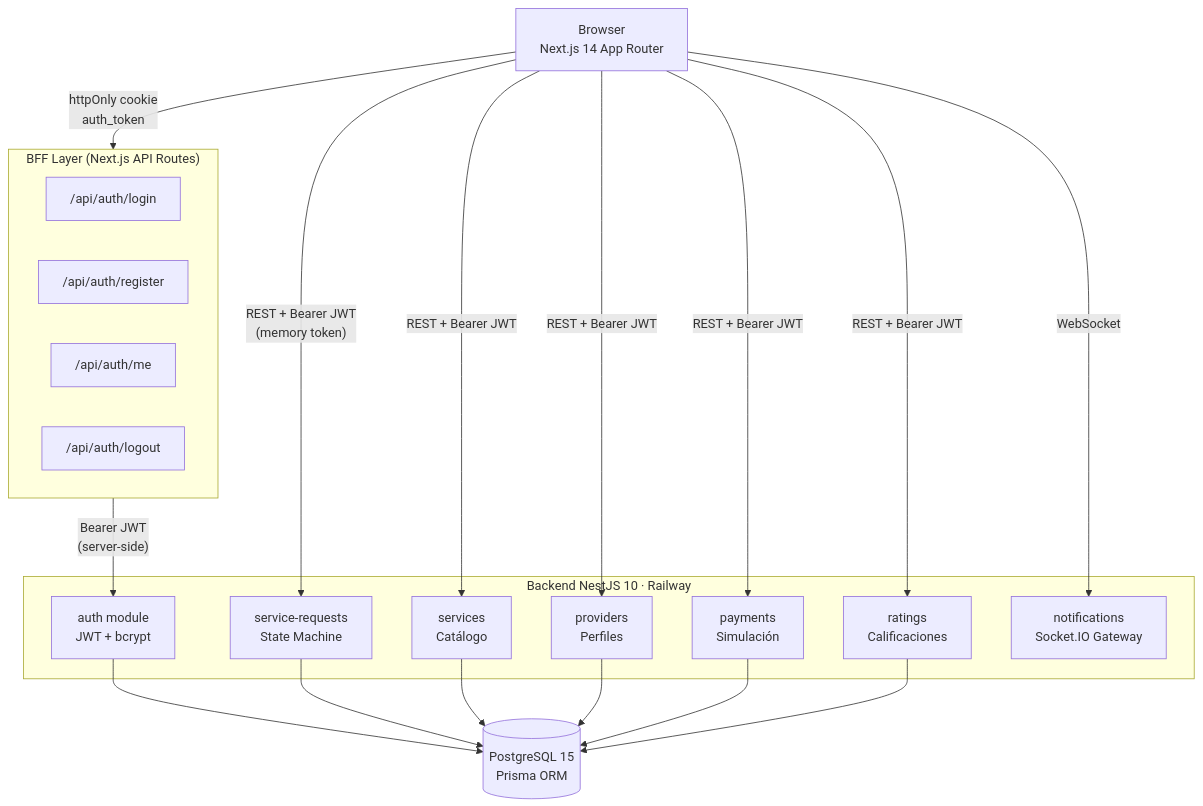
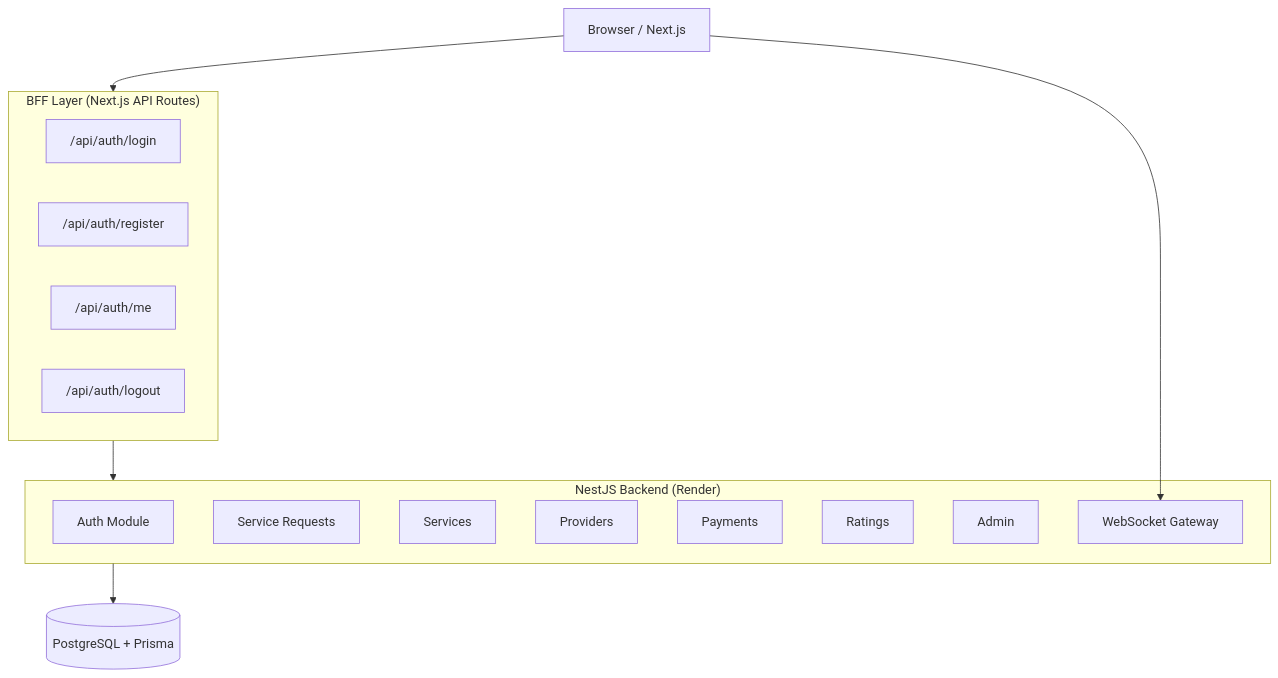
Before and after one commit to CamiloVe218/e7_backend: the first of 4 diagrams in servicios-app/README.md, drawn with Mermaid. The commit also changed other lines of this file, not shown here.

First line of the commit message:
docs(readme): actualizar README servicios-app con estado real del proyecto

````diff
--- a/servicios-app/README.md
+++ b/servicios-app/README.md
@@ -32,38 +78,29 @@
 ```mermaid
 graph TB
-    Browser["Browser\nNext.js 14 App Router"]
+    Browser["Browser / Next.js"]
 
     subgraph BFF["BFF Layer (Next.js API Routes)"]
         Login["/api/auth/login"]
         Register["/api/auth/register"]
         Me["/api/auth/me"]
         Logout["/api/auth/logout"]
     end
 
-    subgraph Backend["Backend NestJS 10 · Railway"]
-        Auth["auth module\nJWT + bcrypt"]
-        SR["service-requests\nState Machine"]
-        SVC["services\nCatálogo"]
-        PROV["providers\nPerfiles"]
-        PAY["payments\nSimulación"]
-        RAT["ratings\nCalificaciones"]
-        WS["notifications\nSocket.IO Gateway"]
+    subgraph Backend["NestJS Backend (Render)"]
+        Auth["Auth Module"]
+        Requests["Service Requests"]
+        Services["Services"]
+        Providers["Providers"]
+        Payments["Payments"]
+        Ratings["Ratings"]
+        Admin["Admin"]
+        WS["WebSocket Gateway"]
     end
 
-    DB[(PostgreSQL 15\nPrisma ORM)]
+    DB[(PostgreSQL + Prisma)]
 
-    Browser -- "httpOnly cookie\nauth_token" --> BFF
-    BFF -- "Bearer JWT\n(server-side)" --> Auth
-    Browser -- "REST + Bearer JWT\n(memory token)" --> SR
-    Browser -- "REST + Bearer JWT" --> SVC
-    Browser -- "REST + Bearer JWT" --> PROV
-    Browser -- "REST + Bearer JWT" --> PAY
-    Browser -- "REST + Bearer JWT" --> RAT
-    Browser -- "WebSocket" --> WS
-    Auth --> DB
-    SR --> DB
-    SVC --> DB
-    PROV --> DB
-    PAY --> DB
-    RAT --> DB
+    Browser --> BFF
+    BFF --> Backend
+    Backend --> DB
+    Browser --> WS
 ```
````
